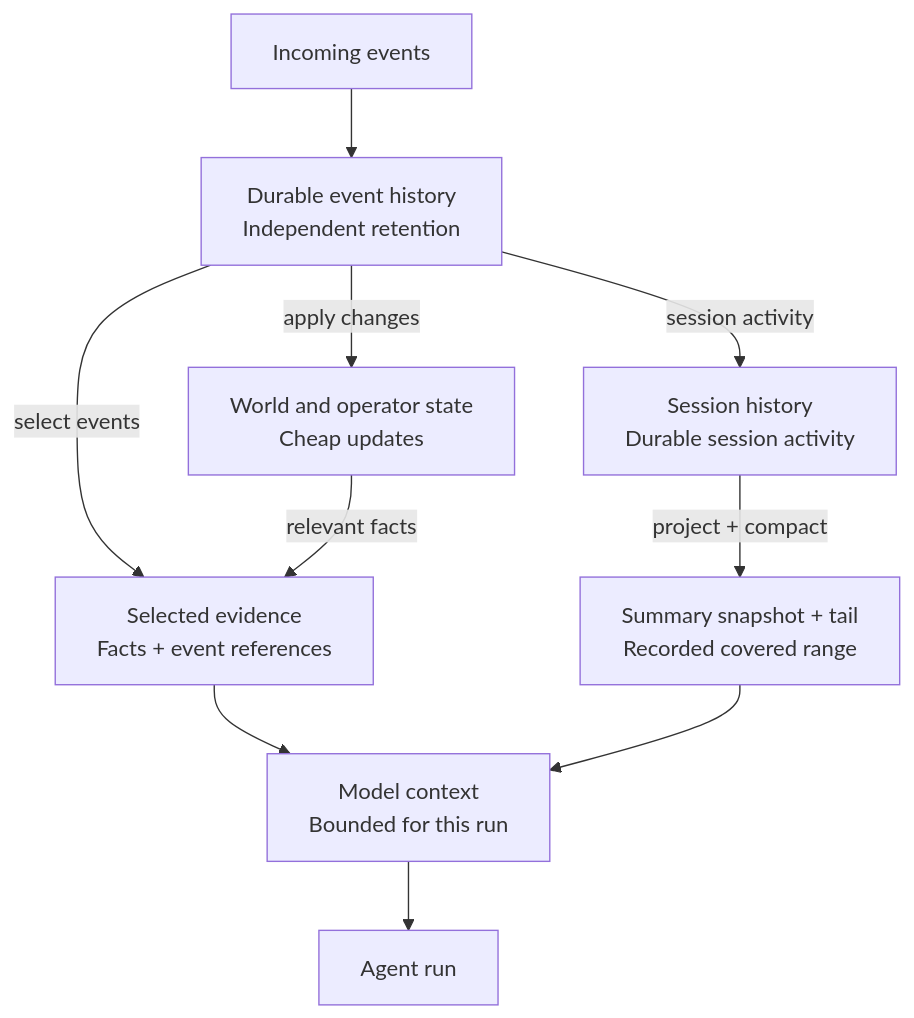
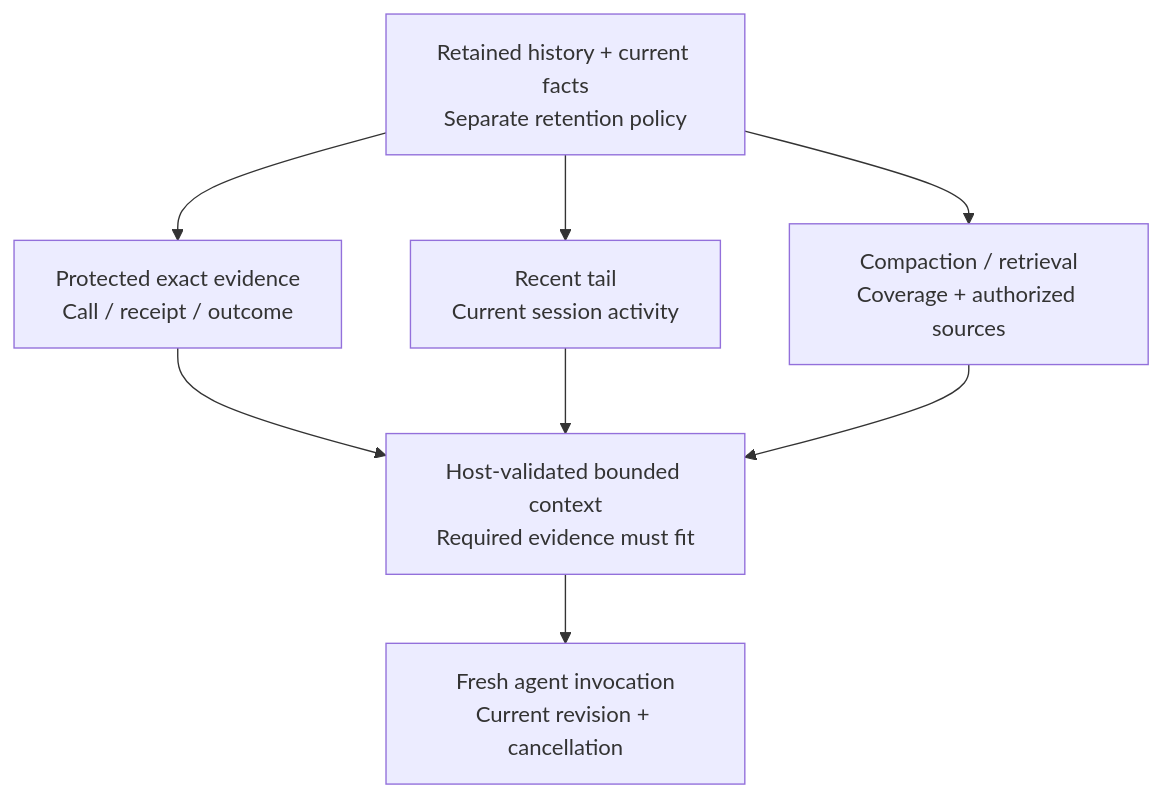
Before and after one commit to CitizenBean/brook: the diagram in docs/diagrams/state-and-context.mmd, drawn with Mermaid. The commit also changed 11 other files, not shown here.

Commit message:
docs: align architecture with unified graph execution plan

```diff
--- a/docs/diagrams/state-and-context.mmd
+++ b/docs/diagrams/state-and-context.mmd
@@ -1,20 +1,16 @@
 flowchart TB
-    accTitle: Brook history state and context
-    accDescr: Durable event history supports current state and session history. Selected evidence and a summary snapshot plus recent tail form bounded model context. The boxes are logical views rather than chosen physical stores.
-    input["Incoming events"]
-    history["Durable event history<br/>Independent retention"]
-    state["World and operator state<br/>Cheap updates"]
-    session["Session history<br/>Durable session activity"]
-    evidence["Selected evidence<br/>Facts + event references"]
-    summary["Summary snapshot + tail<br/>Recorded covered range"]
-    context["Model context<br/>Bounded for this run"]
-    run["Agent run"]
-    input --> history
-    history -->|apply changes| state
-    history -->|session activity| session
-    history -->|select events| evidence
-    state -->|relevant facts| evidence
-    session -->|project + compact| summary
-    evidence --> context
-    summary --> context
+    accTitle: Brook bounded context
+    accDescr: Retained history supports protected exact evidence, a recent tail and extensible historical representations or retrieval. Host validation assembles bounded context without requiring all history.
+    history["Retained history + current facts<br/>Separate retention policy"]
+    exact["Protected exact evidence<br/>Call / receipt / outcome"]
+    recent["Recent tail<br/>Current session activity"]
+    extension["Compaction / retrieval<br/>Coverage + authorized sources"]
+    context["Host-validated bounded context<br/>Required evidence must fit"]
+    run["Fresh agent invocation<br/>Current revision + cancellation"]
+    history --> exact
+    history --> recent
+    history --> extension
+    exact --> context
+    recent --> context
+    extension --> context
     context --> run
```
